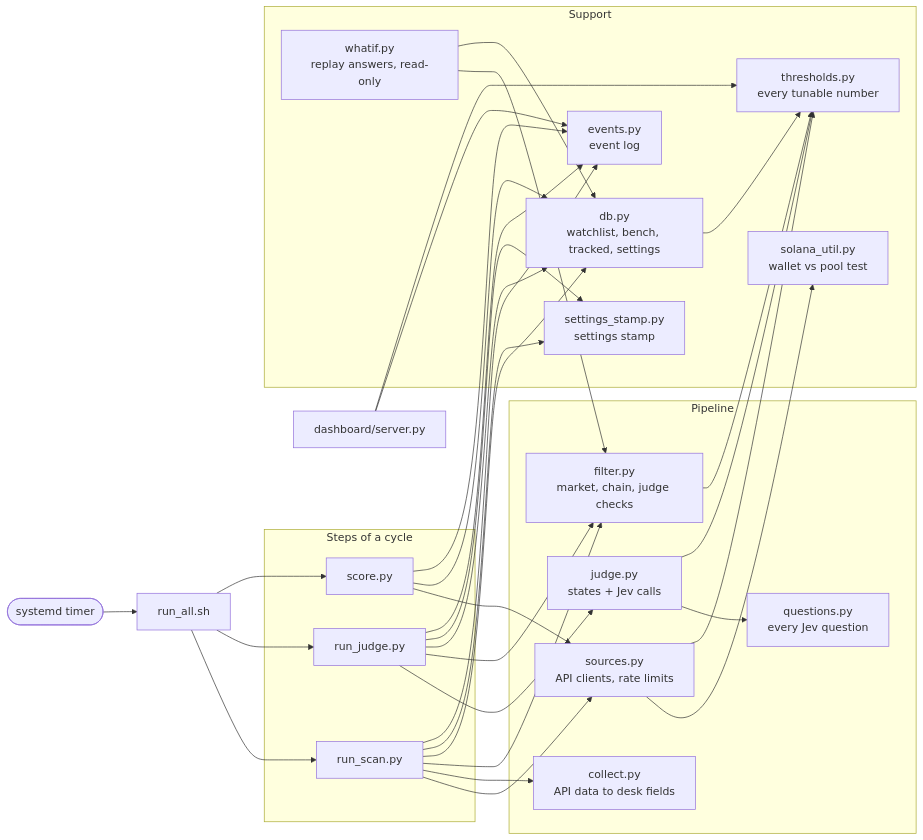
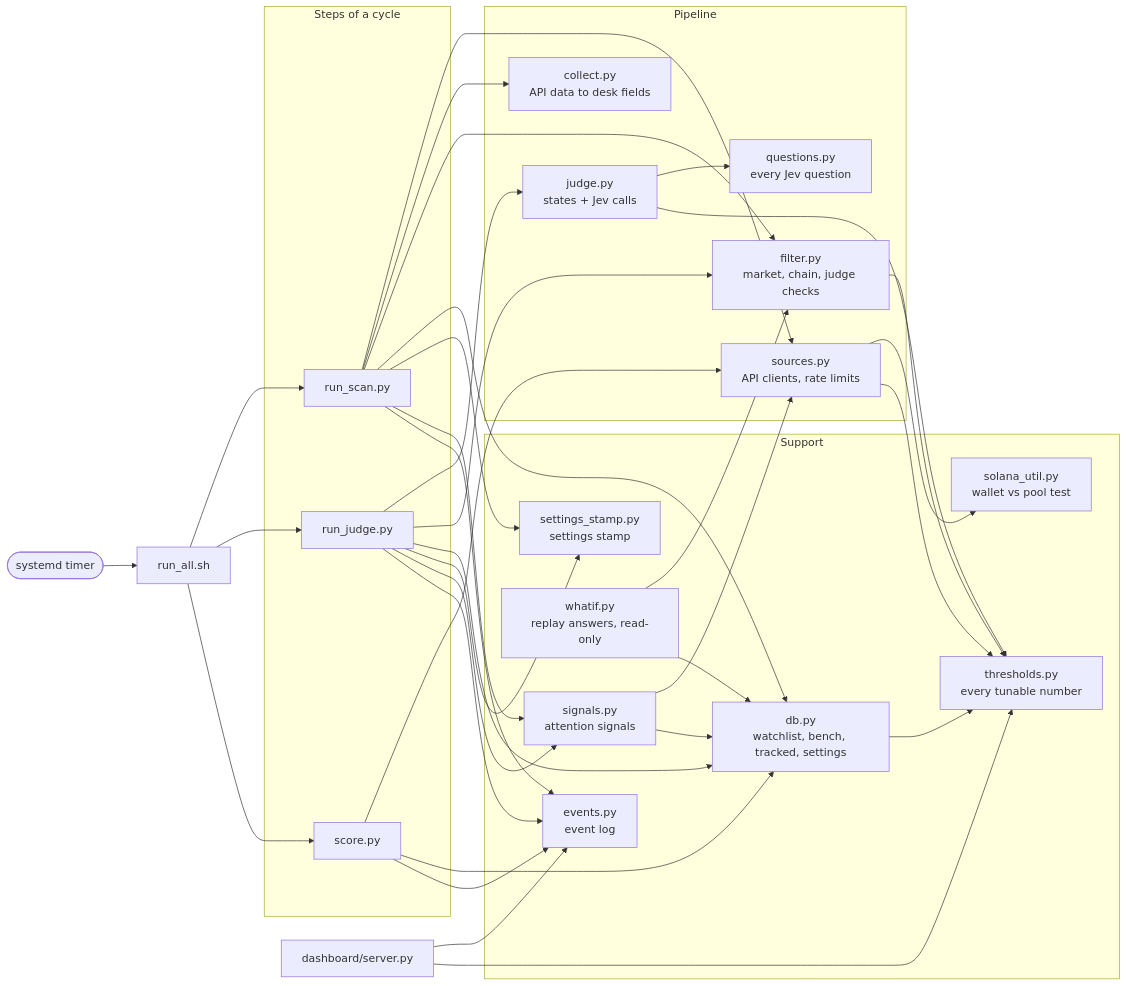
One commit to NickHammer/jev-desk changed diagram 11 of 11 in ARCHITECTURE.md. Above: the diagram before and after it, drawn with Mermaid. The commit also changed other lines of this file and 10 other files, not shown here.

First line of the commit message:
Attention signals (momentum, holders, paid promotion); keep answers 30 days

````diff
--- a/ARCHITECTURE.md
+++ b/ARCHITECTURE.md
@@ -361,35 +379,38 @@
 ```mermaid
 flowchart LR
     subgraph entry["Steps of a cycle"]
         rs["run_scan.py"]
         rj["run_judge.py"]
         sc["score.py"]
     end
     subgraph core["Pipeline"]
         src["sources.py<br/>API clients, rate limits"]
         col["collect.py<br/>API data to desk fields"]
         fil["filter.py<br/>market, chain, judge checks"]
         jd["judge.py<br/>states + Jev calls"]
         qs["questions.py<br/>every Jev question"]
     end
     subgraph support["Support"]
         th["thresholds.py<br/>every tunable number"]
         ev2["events.py<br/>event log"]
         db["db.py<br/>watchlist, bench, tracked, settings"]
         st["settings_stamp.py<br/>settings stamp"]
         wi["whatif.py<br/>replay answers, read-only"]
+        sg["signals.py<br/>attention signals"]
         su["solana_util.py<br/>wallet vs pool test"]
     end
     tm(["systemd timer"]) --> ra["run_all.sh"]
     ra --> rs & rj & sc
     rs --> src & col & fil & db
     rj --> jd & fil & db
     sc --> src & db
     rs & rj --> st
     wi --> fil & db
+    rs & rj --> sg
+    sg --> src & db
     jd --> qs
     src --> su
     src & fil & db & jd --> th
     rs & rj & sc --> ev2
     ds["dashboard/server.py"] --> ev2 & th
 ```
````
